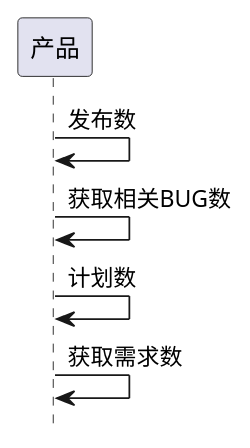
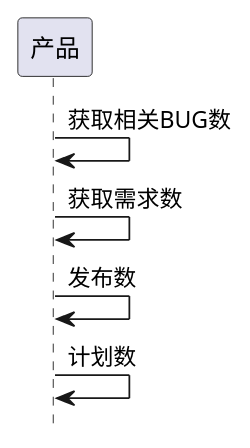
One commit to zj335841911/nt_chandao changed the third of 7 diagrams in ibizpms-docs/src/main/doc/v1/module/zentao/Product_old.md. Above: the diagram before and after it, drawn with PlantUML. The commit also changed other lines of this file and 2125 other files, not shown here.

```diff
--- a/ibizpms-docs/src/main/doc/v1/module/zentao/Product_old.md
+++ b/ibizpms-docs/src/main/doc/v1/module/zentao/Product_old.md
@@ -200,8 +200,8 @@
 {% plantuml %}
 hide footbox
 
+产品 -> 产品: 获取相关BUG数
+产品 -> 产品: 获取需求数
 产品 -> 产品: 发布数
-产品 -> 产品: 获取相关BUG数
 产品 -> 产品: 计划数
-产品 -> 产品: 获取需求数
 {% endplantuml %}
```
